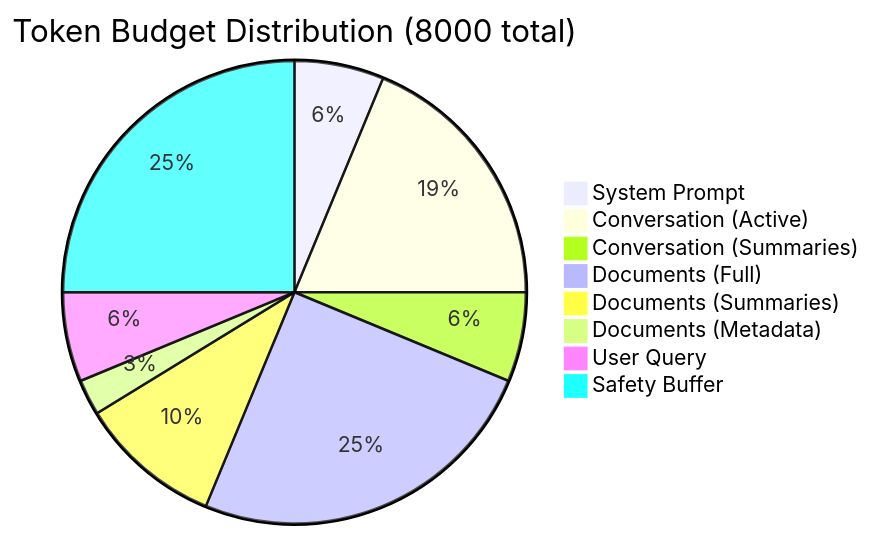
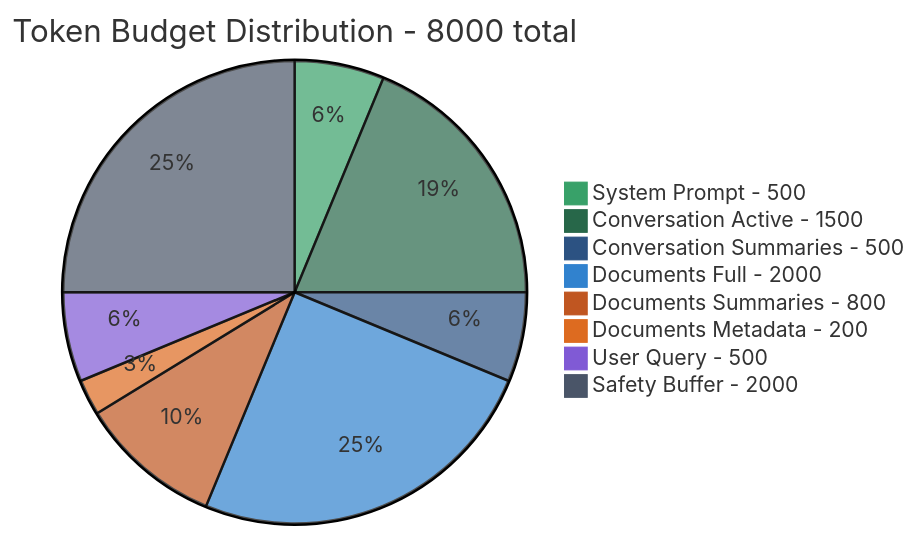
The eighth of 22 diagrams in chat_context/chat_context.md (manumishra-zm/execution_plan), drawn with Mermaid before and after one commit. The commit also changed other lines of this file, not shown here.

````diff
--- a/chat_context/chat_context.md
+++ b/chat_context/chat_context.md
@@ -311,11 +329,12 @@
 ```mermaid
-pie title Token Budget Distribution (8000 total)
-    "System Prompt" : 500
-    "Conversation (Active)" : 1500
-    "Conversation (Summaries)" : 500
-    "Documents (Full)" : 2000
-    "Documents (Summaries)" : 800
-    "Documents (Metadata)" : 200
-    "User Query" : 500
-    "Safety Buffer" : 2000
+%%{init: {'theme': 'base', 'themeVariables': { 'pie1': '#38a169', 'pie2': '#276749', 'pie3': '#2c5282', 'pie4': '#3182ce', 'pie5': '#c05621', 'pie6': '#dd6b20', 'pie7': '#805ad5', 'pie8': '#4a5568', 'pieTextColor': '#e2e8f0'}}}%%
+pie title Token Budget Distribution - 8000 total
+    "System Prompt - 500" : 500
+    "Conversation Active - 1500" : 1500
+    "Conversation Summaries - 500" : 500
+    "Documents Full - 2000" : 2000
+    "Documents Summaries - 800" : 800
+    "Documents Metadata - 200" : 200
+    "User Query - 500" : 500
+    "Safety Buffer - 2000" : 2000
 ```
````
